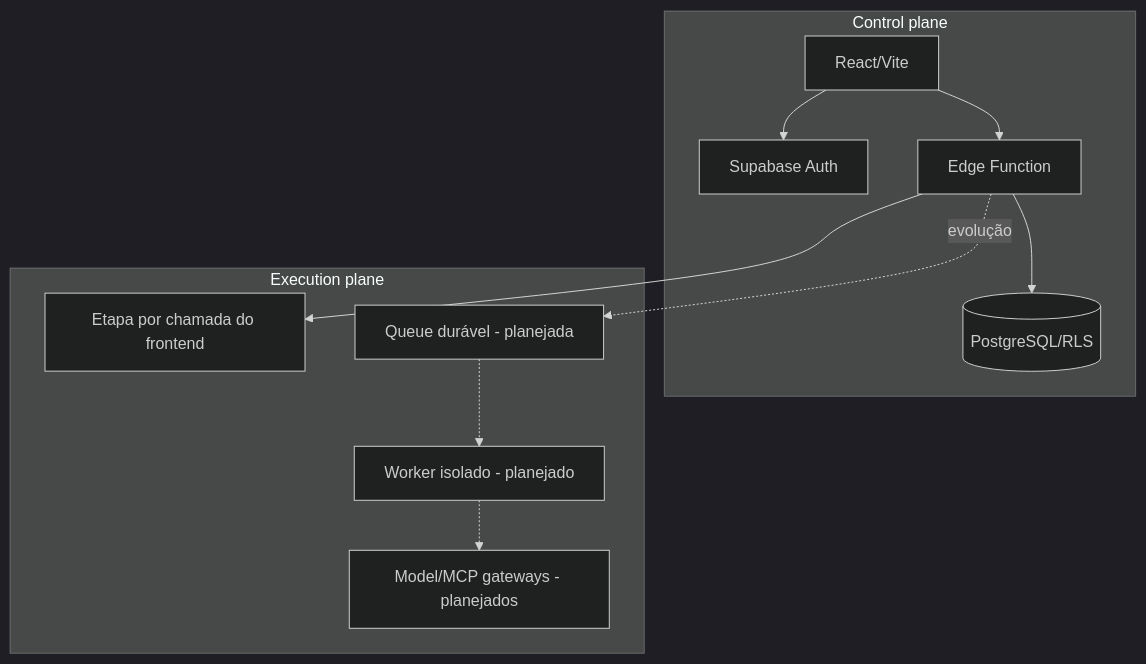
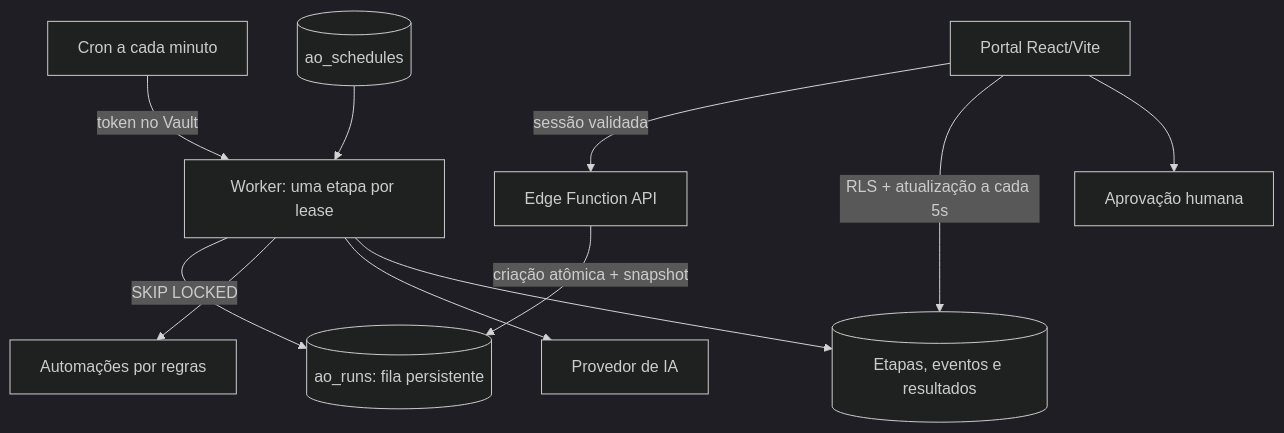
Before and after one commit to RPA-Automatic/portal-orchestrator-ai: the diagram in azure-devops/wiki/portal-orchestrator-ai/Diagramas.md, drawn with Mermaid (dark theme). The commit also changed other lines of this file and 42 other files, not shown here.

````diff
--- a/azure-devops/wiki/portal-orchestrator-ai/Diagramas.md
+++ b/azure-devops/wiki/portal-orchestrator-ai/Diagramas.md
@@ -44,22 +5,13 @@
-::: mermaid
-graph TB
-    subgraph Control[Control plane]
-      UI[React/Vite]
-      Auth[Supabase Auth]
-      DB[(PostgreSQL/RLS)]
-      Edge[Edge Function]
-      UI --> Auth
-      UI --> Edge
-      Edge --> DB
-    end
-    subgraph Execution[Execution plane]
-      Current[Etapa por chamada do frontend]
-      Queue[Queue durável - planejada]
-      Worker[Worker isolado - planejado]
-      Gateway[Model/MCP gateways - planejados]
-      Queue -.-> Worker
-      Worker -.-> Gateway
-    end
-    Edge --> Current
-    Edge -. evolução .-> Queue
-:::
+```mermaid
+flowchart TB
+  UI[Portal React/Vite] -->|sessão validada| API[Edge Function API]
+  API -->|criação atômica + snapshot| Queue[(ao_runs: fila persistente)]
+  Cron[Cron a cada minuto] -->|token no Vault| Worker[Worker: uma etapa por lease]
+  Schedules[(ao_schedules)] --> Worker
+  Worker -->|SKIP LOCKED| Queue
+  Worker --> Rules[Automações por regras]
+  Worker --> AI[Provedor de IA]
+  Worker --> Results[(Etapas, eventos e resultados)]
+  UI -->|RLS + atualização a cada 5s| Results
+  UI --> Review[Aprovação humana]
+```
````
